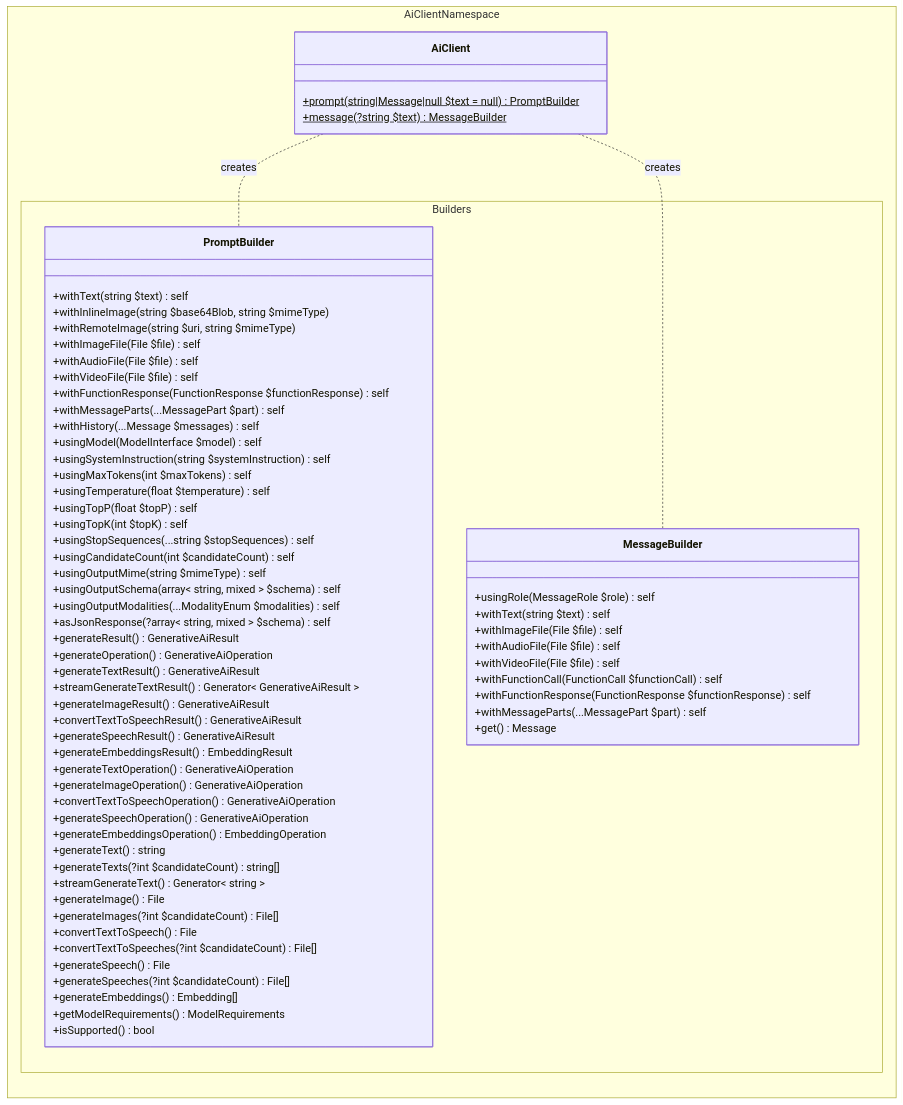
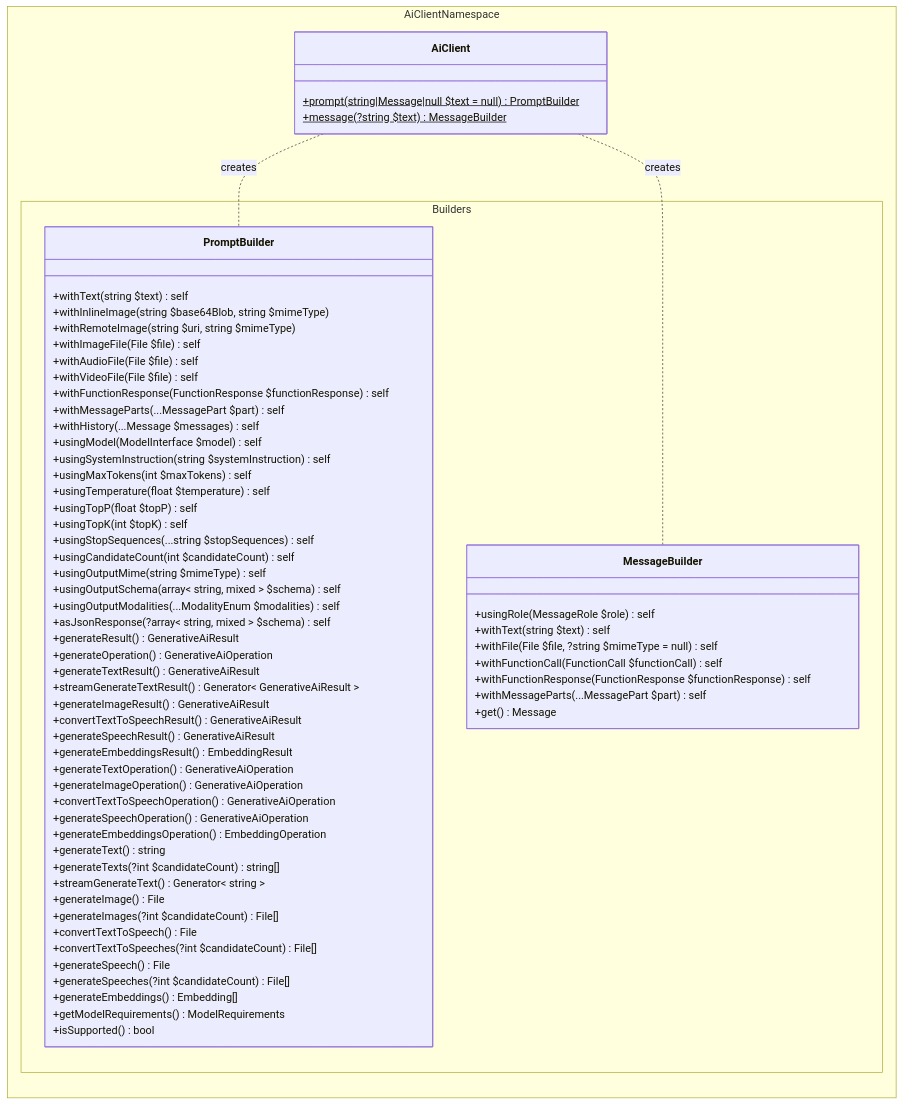
Before and after one commit to WordPress/php-ai-client: the first of 6 diagrams in docs/ARCHITECTURE.md, drawn with Mermaid. The commit also changed other lines of this file, not shown here.

Commit message:
chore: updates architecture to reflect builder

````diff
--- a/docs/ARCHITECTURE.md
+++ b/docs/ARCHITECTURE.md
@@ -288,81 +288,79 @@
 ```mermaid
 ---
 config:
   class:
     hideEmptyMembersBox: true
 ---
 classDiagram
 direction LR
     namespace AiClientNamespace {
         class AiClient {
             +prompt(string|Message|null $text = null) PromptBuilder$
             +message(?string $text) MessageBuilder$
         }
     }
 
     namespace AiClientNamespace.Builders {
         class PromptBuilder {
             +withText(string $text) self
             +withInlineImage(string $base64Blob, string $mimeType)
             +withRemoteImage(string $uri, string $mimeType)
             +withImageFile(File $file) self
             +withAudioFile(File $file) self
             +withVideoFile(File $file) self
             +withFunctionResponse(FunctionResponse $functionResponse) self
             +withMessageParts(...MessagePart $part) self
             +withHistory(...Message $messages) self
             +usingModel(ModelInterface $model) self
             +usingSystemInstruction(string $systemInstruction) self
             +usingMaxTokens(int $maxTokens) self
             +usingTemperature(float $temperature) self
             +usingTopP(float $topP) self
             +usingTopK(int $topK) self
             +usingStopSequences(...string $stopSequences) self
             +usingCandidateCount(int $candidateCount) self
             +usingOutputMime(string $mimeType) self
             +usingOutputSchema(array< string, mixed > $schema) self
             +usingOutputModalities(...ModalityEnum $modalities) self
             +asJsonResponse(?array< string, mixed > $schema) self
             +generateResult() GenerativeAiResult
             +generateOperation() GenerativeAiOperation
             +generateTextResult() GenerativeAiResult
             +streamGenerateTextResult() Generator< GenerativeAiResult >
             +generateImageResult() GenerativeAiResult
             +convertTextToSpeechResult() GenerativeAiResult
             +generateSpeechResult() GenerativeAiResult
             +generateEmbeddingsResult() EmbeddingResult
             +generateTextOperation() GenerativeAiOperation
             +generateImageOperation() GenerativeAiOperation
             +convertTextToSpeechOperation() GenerativeAiOperation
             +generateSpeechOperation() GenerativeAiOperation
             +generateEmbeddingsOperation() EmbeddingOperation
             +generateText() string
             +generateTexts(?int $candidateCount) string[]
             +streamGenerateText() Generator< string >
             +generateImage() File
             +generateImages(?int $candidateCount) File[]
             +convertTextToSpeech() File
             +convertTextToSpeeches(?int $candidateCount) File[]
             +generateSpeech() File
             +generateSpeeches(?int $candidateCount) File[]
             +generateEmbeddings() Embedding[]
             +getModelRequirements() ModelRequirements
             +isSupported() bool
         }
 
         class MessageBuilder {
             +usingRole(MessageRole $role) self
             +withText(string $text) self
-            +withImageFile(File $file) self
-            +withAudioFile(File $file) self
-            +withVideoFile(File $file) self
+            +withFile(File $file, ?string $mimeType = null) self
             +withFunctionCall(FunctionCall $functionCall) self
             +withFunctionResponse(FunctionResponse $functionResponse) self
             +withMessageParts(...MessagePart $part) self
             +get() Message
         }
     }
 
     AiClient .. PromptBuilder : creates
     AiClient .. MessageBuilder : creates
 ```
````
